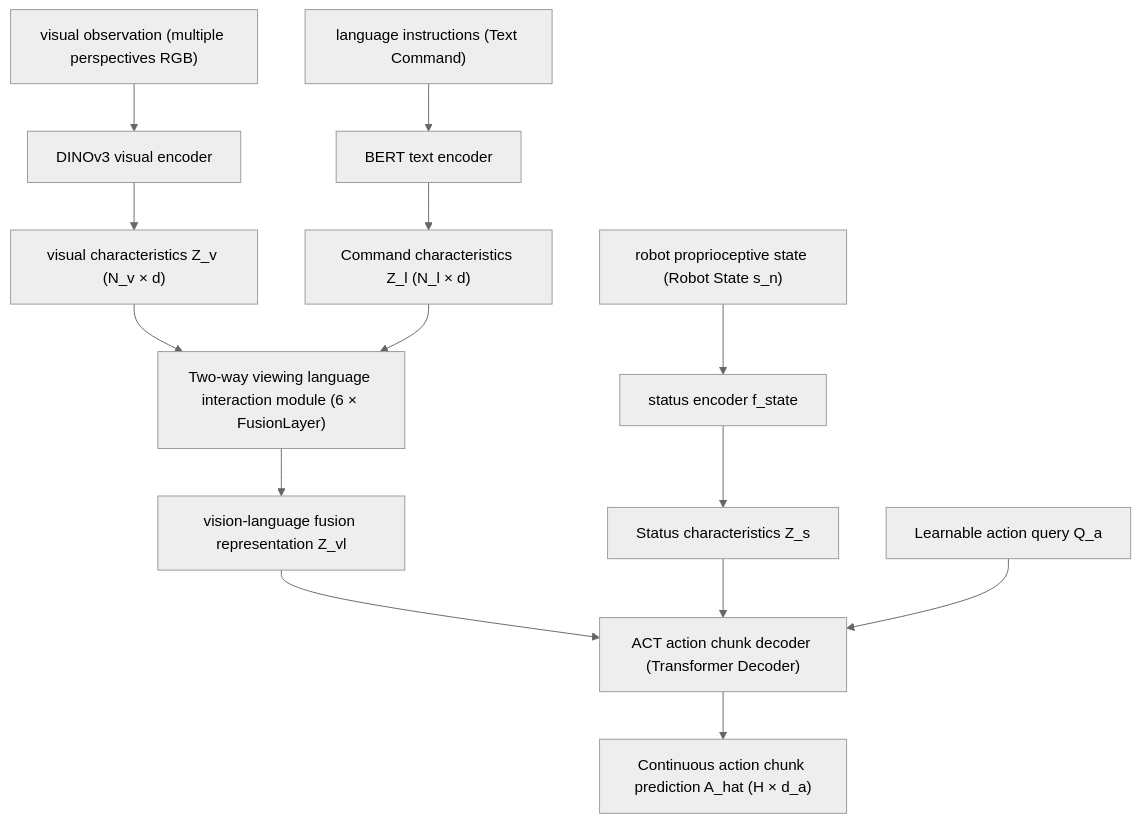
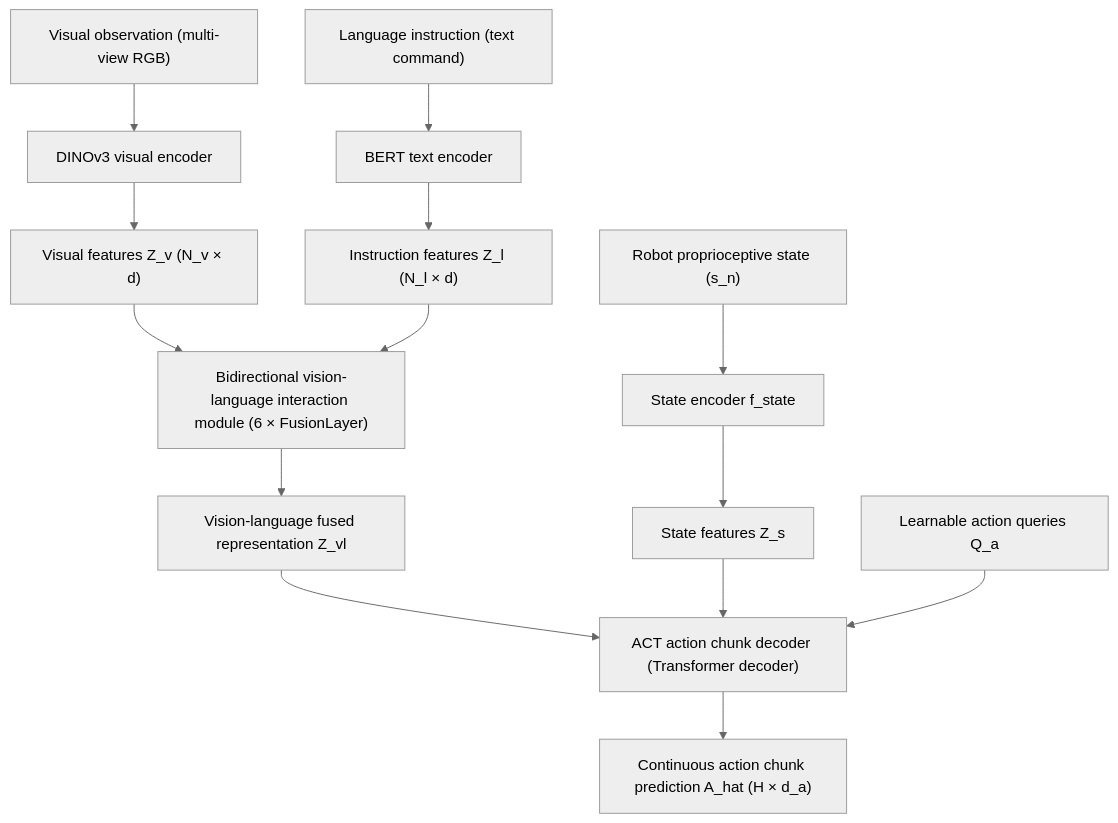
The second of 3 diagrams in _translations/en/research/VLA-Papers.md (TingdeLiu/tingdeliu.github.io), drawn with Mermaid (neutral theme) before and after one commit. The commit also changed other lines of this file and 51 other files, not shown here.

````diff
--- a/_translations/en/research/VLA-Papers.md
+++ b/_translations/en/research/VLA-Papers.md
@@ -2801,16 +2801,16 @@
 ```mermaid
 graph TD
-    A["visual observation (multiple perspectives RGB)"] --> B["DINOv3 visual encoder"]
-    C["language instructions (Text Command)"] --> D["BERT text encoder"]
-    B --> E["visual characteristics Z_v (N_v × d)"]
-    D --> F["Command characteristics Z_l (N_l × d)"]
-    E --> G["Two-way viewing language interaction module (6 × FusionLayer)"]
+    A["Visual observation (multi-view RGB)"] --> B["DINOv3 visual encoder"]
+    C["Language instruction (text command)"] --> D["BERT text encoder"]
+    B --> E["Visual features Z_v (N_v × d)"]
+    D --> F["Instruction features Z_l (N_l × d)"]
+    E --> G["Bidirectional vision-language interaction module (6 × FusionLayer)"]
     F --> G
-    G --> H["vision-language fusion representation Z_vl"]
-    I["robot proprioceptive state (Robot State s_n)"] --> J["status encoder f_state"]
-    J --> K["Status characteristics Z_s"]
-    H --> L["ACT action chunk decoder (Transformer Decoder)"]
+    G --> H["Vision-language fused representation Z_vl"]
+    I["Robot proprioceptive state (s_n)"] --> J["State encoder f_state"]
+    J --> K["State features Z_s"]
+    H --> L["ACT action chunk decoder (Transformer decoder)"]
     K --> L
-    M["Learnable action query Q_a"] --> L
+    M["Learnable action queries Q_a"] --> L
     L --> N["Continuous action chunk prediction A_hat (H × d_a)"]
 ```
````
